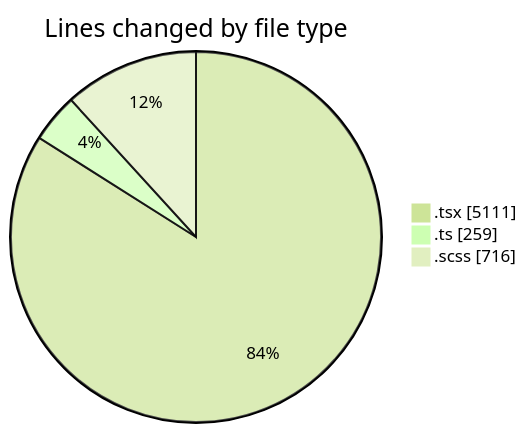
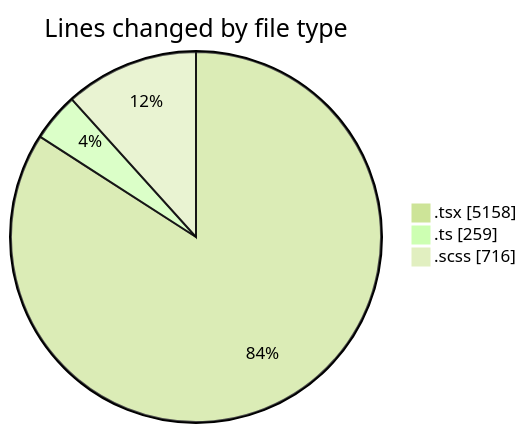
Before and after one commit to momahboobian/code-tracking: the first of 2 diagrams in 2025-09-15/cda/README.md, drawn with Mermaid (forest theme). The commit also changed other lines of this file and 1 other file, not shown here.

````diff
--- a/2025-09-15/cda/README.md
+++ b/2025-09-15/cda/README.md
@@ -27,7 +27,7 @@
 ```mermaid
 pie showData
 title Lines changed by file type
-".tsx" : 5111
+".tsx" : 5158
 ".ts" : 259
 ".scss" : 716
 ```
````
